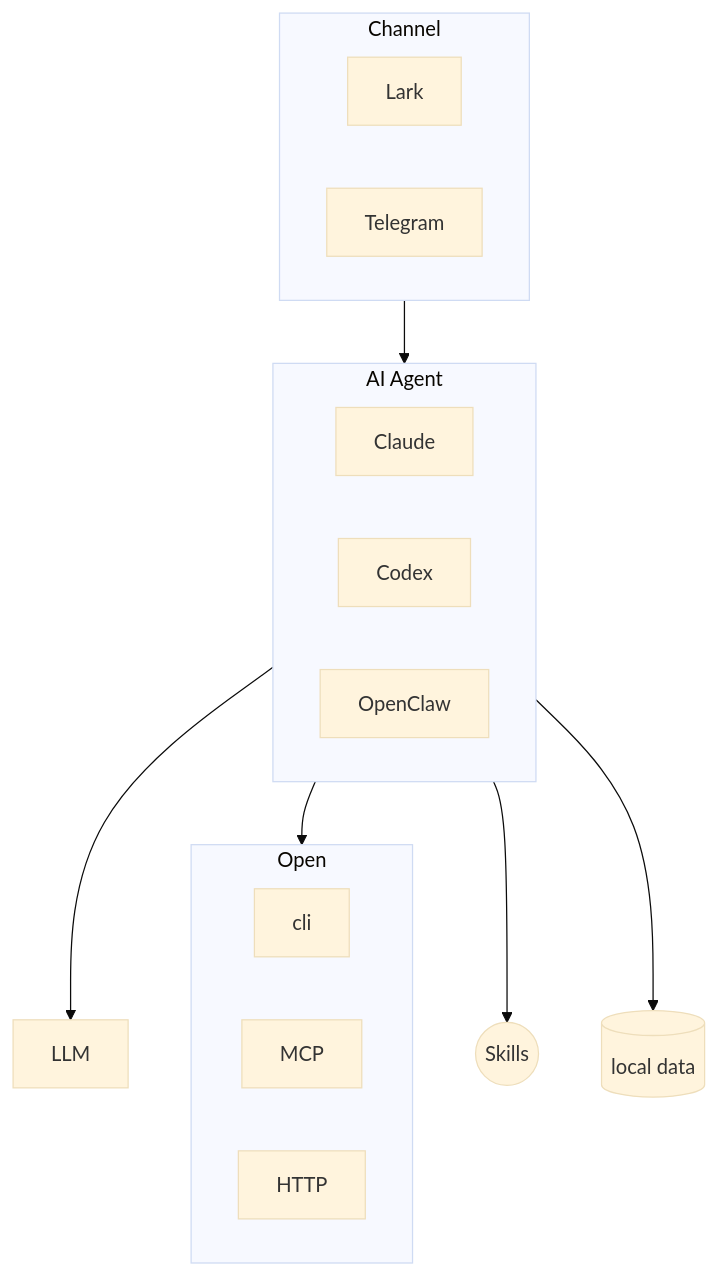
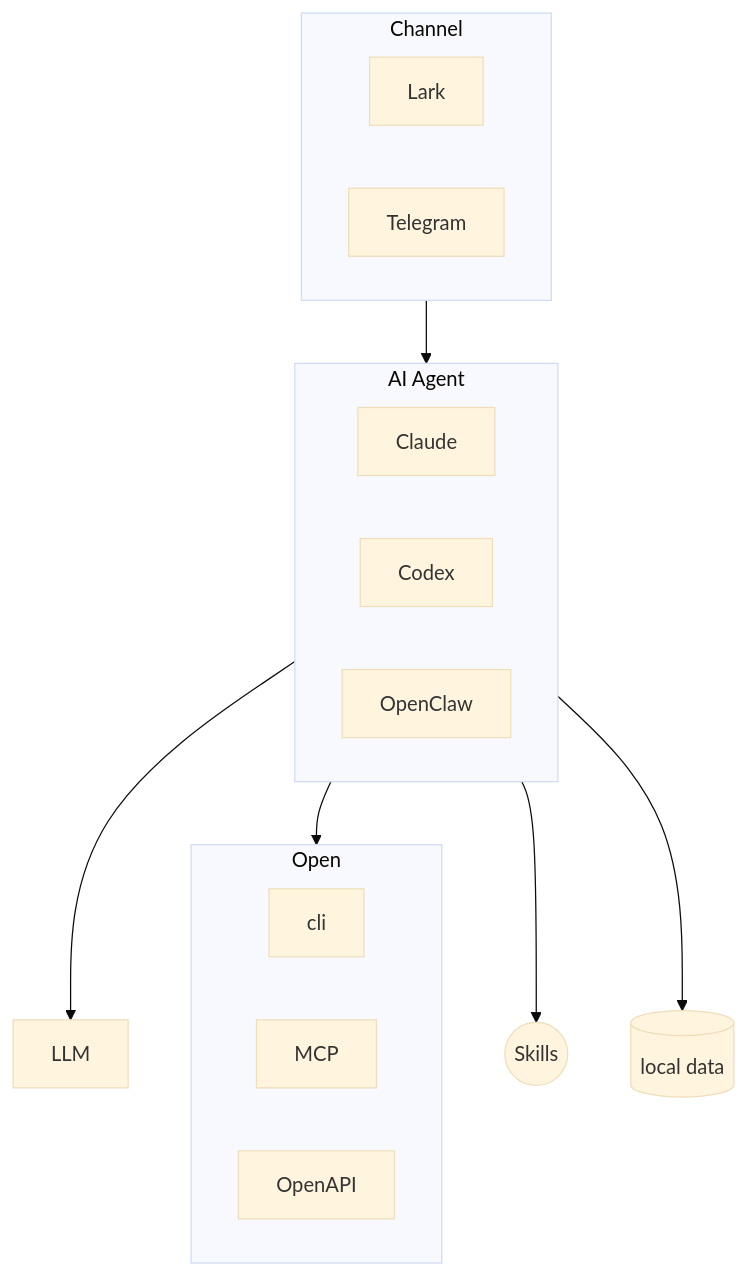
The diagram in _posts/2026-06-05-ai-coding-tools-experience-architecture.md (mnhkahn/mnhkahn.github.com), drawn with Mermaid (base theme) before and after one commit. The commit also changed 1 other file, not shown here.

Commit message:
docs: 添加 skills.sh 链接并更新架构图的协议标注
1. 在站点头部公告栏增加 skills.sh 市场链接
2. 将架构图的 HTTP 节点更新为 OpenAPI

````diff
--- a/_posts/2026-06-05-ai-coding-tools-experience-architecture.md
+++ b/_posts/2026-06-05-ai-coding-tools-experience-architecture.md
@@ -67,30 +67,30 @@
 ```mermaid
 flowchart TD
     LLM[LLM]
 
     subgraph Channel[Channel]
         Lark
         Telegram
     end
 
     subgraph Agent[AI Agent]
         Claude
         Codex
         OpenClaw
     end
 
     subgraph Open[Open]
         cli
         MCP
-        HTTP
+        OpenAPI
     end
 
     Skills((Skills))
     Local[("local data")]
 
     Channel --> Agent
     Agent --> LLM
     Agent --> Open
     Agent --> Skills
     Agent --> Local
 ```
````
